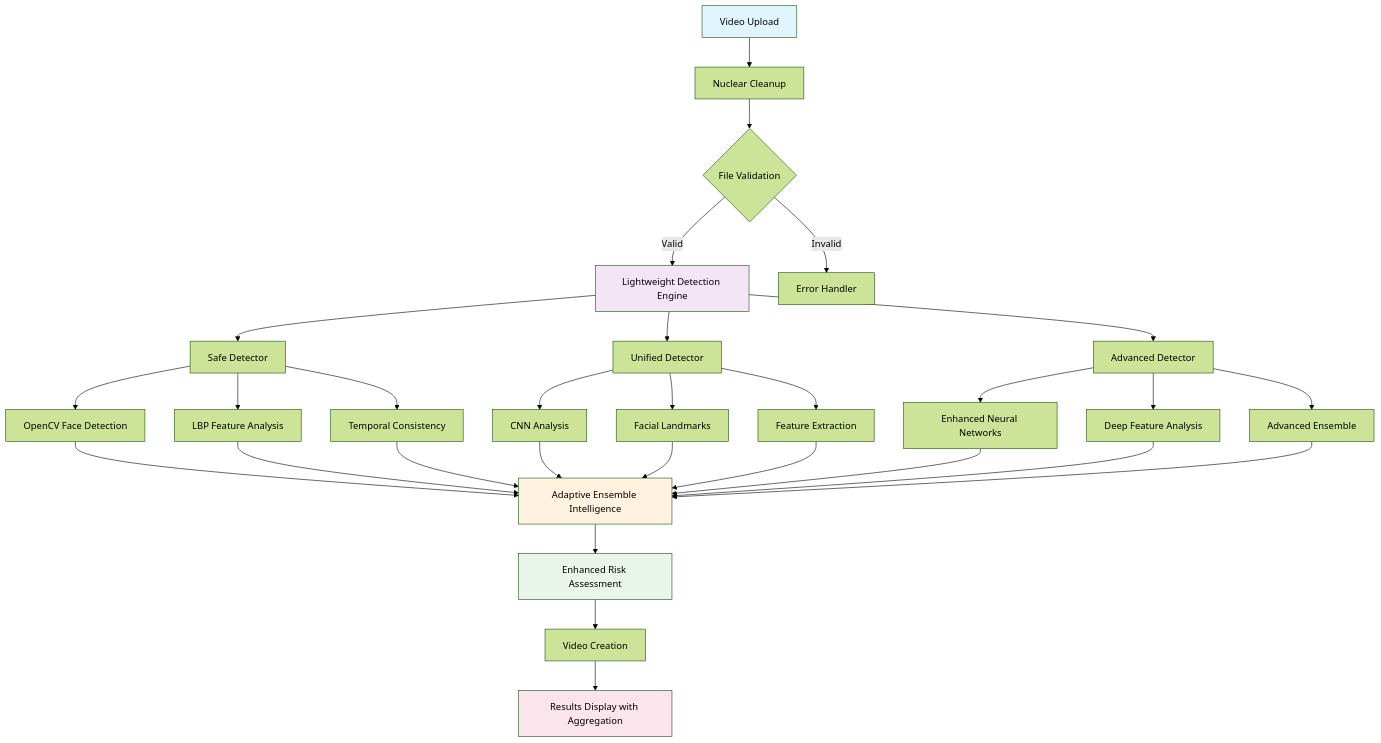
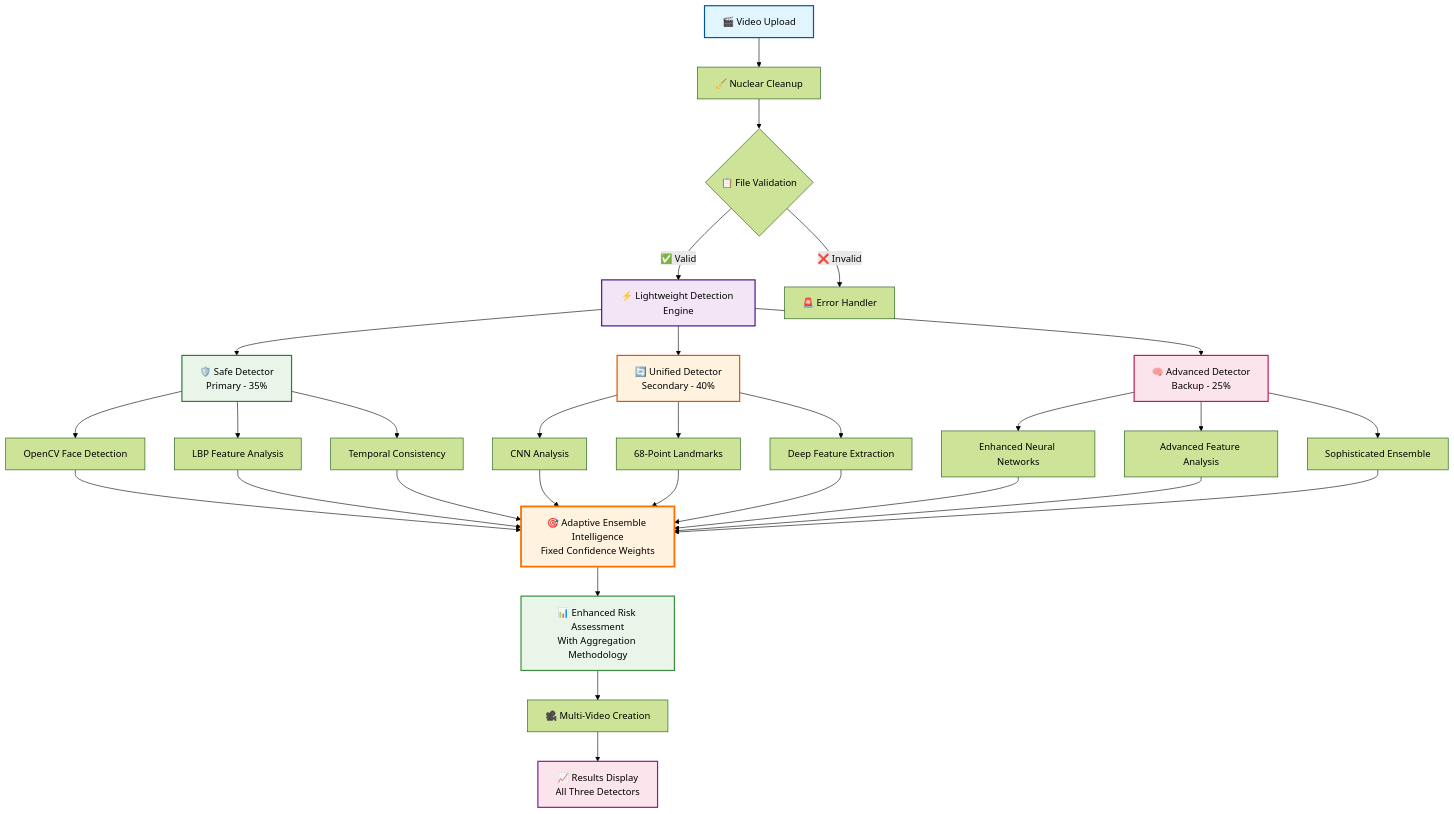
The diagram in README.md (ariktheone/deepfake-detector), drawn with Mermaid (forest theme) before and after one commit. The commit also changed other lines of this file, not shown here.

Commit message:
Udated the readme file

````diff
--- a/README.md
+++ b/README.md
@@ -86,43 +86,46 @@
 ```mermaid
 graph TB
-    A[Video Upload] --> B[Nuclear Cleanup]
-    B --> C{File Validation}
-    C -->|Valid| D[Lightweight Detection Engine]
-    C -->|Invalid| E[Error Handler]
+    A[🎬 Video Upload] --> B[🧹 Nuclear Cleanup]
+    B --> C{📋 File Validation}
+    C -->|✅ Valid| D[⚡ Lightweight Detection Engine]
+    C -->|❌ Invalid| E[🚨 Error Handler]
     
-    D --> F[Safe Detector]
-    D --> G[Unified Detector]
-    D --> H[Advanced Detector]
+    D --> F[🛡️ Safe Detector<br/>Primary - 35%]
+    D --> G[🔄 Unified Detector<br/>Secondary - 40%]
+    D --> H[🧠 Advanced Detector<br/>Backup - 25%]
     
     F --> I[OpenCV Face Detection]
     F --> J[LBP Feature Analysis]
     F --> K[Temporal Consistency]
     
     G --> L[CNN Analysis]
-    G --> M[Facial Landmarks]
-    G --> N[Feature Extraction]
+    G --> M[68-Point Landmarks]
+    G --> N[Deep Feature Extraction]
     
     H --> O[Enhanced Neural Networks]
-    H --> P[Deep Feature Analysis]
-    H --> Q[Advanced Ensemble]
+    H --> P[Advanced Feature Analysis]
+    H --> Q[Sophisticated Ensemble]
     
-    I --> R[Adaptive Ensemble Intelligence]
+    I --> R[🎯 Adaptive Ensemble Intelligence<br/>Fixed Confidence Weights]
     J --> R
     K --> R
     L --> R
     M --> R
     N --> R
     O --> R
     P --> R
     Q --> R
     
-    R --> S[Enhanced Risk Assessment]
-    S --> T[Video Creation]
-    T --> U[Results Display with Aggregation]
+    R --> S[📊 Enhanced Risk Assessment<br/>With Aggregation Methodology]
+    S --> T[🎥 Multi-Video Creation]
+    T --> U[📈 Results Display<br/>All Three Detectors]
     
-    style A fill:#e1f5fe
-    style D fill:#f3e5f5
-    style R fill:#fff3e0
-    style S fill:#e8f5e8
-    style U fill:#fce4ec
+    style A fill:#e1f5fe,stroke:#01579b,stroke-width:2px
+    style D fill:#f3e5f5,stroke:#4a148c,stroke-width:2px
+    style F fill:#e8f5e8,stroke:#2e7d32,stroke-width:2px
+    style G fill:#fff3e0,stroke:#e65100,stroke-width:2px
+    style H fill:#fce4ec,stroke:#c2185b,stroke-width:2px
+    style R fill:#fff3e0,stroke:#ff6f00,stroke-width:3px
+    style S fill:#e8f5e8,stroke:#388e3c,stroke-width:2px
+    style U fill:#fce4ec,stroke:#7b1fa2,stroke-width:2px
 ```
````
